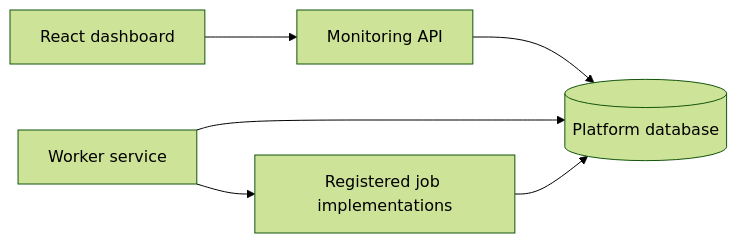
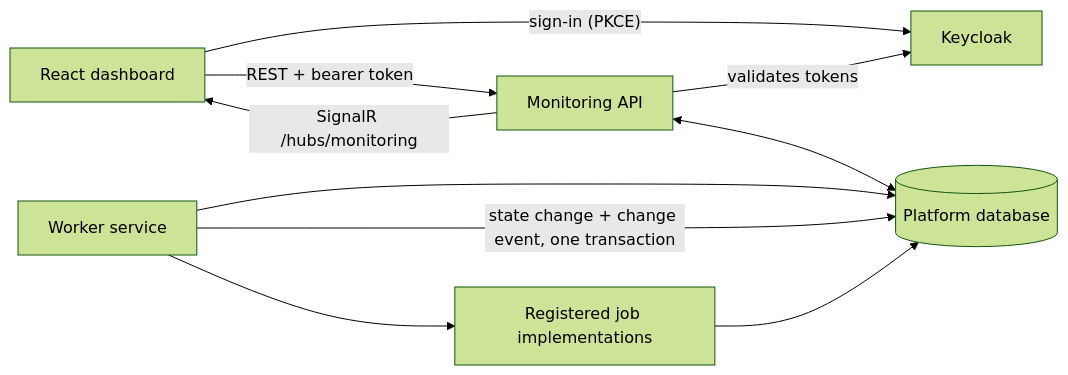
Before and after one commit to rafimk/monitoring: the first of 2 diagrams in README.md, drawn with Mermaid (forest theme). The commit also changed other lines of this file and 76 other files, not shown here.

````diff
--- a/README.md
+++ b/README.md
@@ -7,8 +7,12 @@
 ```mermaid
 flowchart LR
-    A[React dashboard] --> B[Monitoring API]
-    B --> D[(Platform database)]
+    A[React dashboard] -- "REST + bearer token" --> B[Monitoring API]
+    A -- "sign-in (PKCE)" --> K[Keycloak]
+    B -- "validates tokens" --> K
+    B <--> D[(Platform database)]
+    B -- "SignalR /hubs/monitoring" --> A
     W[Worker service] --> D
+    W -- "state change + change event, one transaction" --> D
     W --> J[Registered job implementations]
     J --> D
 ```
````
